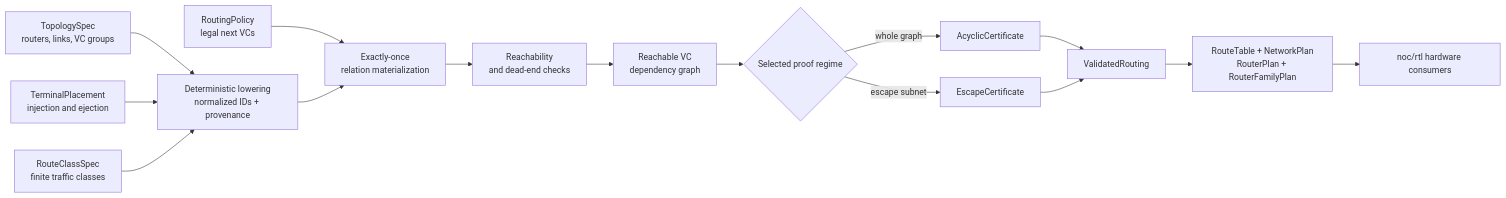
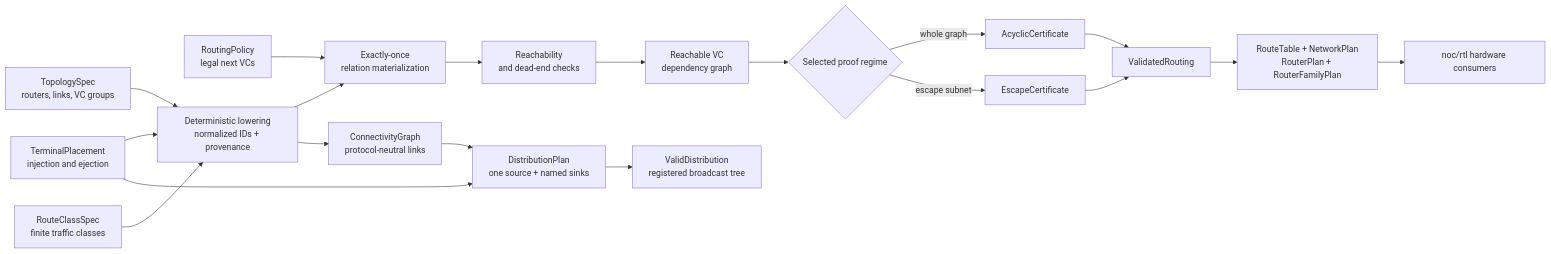
One commit to jerryz123/rhdl changed the diagram in noc/README.md. Above: the diagram before and after it, drawn with Mermaid. The commit also changed other lines of this file and 11 other files, not shown here.

````diff
--- a/noc/README.md
+++ b/noc/README.md
@@ -16,22 +16,26 @@
 ```mermaid
 flowchart LR
   topology["TopologySpec<br/>routers, links, VC groups"]
   terminals["TerminalPlacement<br/>injection and ejection"]
   routes["RouteClassSpec<br/>finite traffic classes"]
   policy["RoutingPolicy<br/>legal next VCs"]
 
   topology --> lower["Deterministic lowering<br/>normalized IDs + provenance"]
   terminals --> lower
   routes --> lower
   policy --> materialize["Exactly-once<br/>relation materialization"]
   lower --> materialize
   materialize --> reachability["Reachability<br/>and dead-end checks"]
   reachability --> dependencies["Reachable VC<br/>dependency graph"]
   dependencies --> proof{"Selected proof regime"}
   proof -->|whole graph| acyclic["AcyclicCertificate"]
   proof -->|escape subnet| escape["EscapeCertificate"]
   acyclic --> validated["ValidatedRouting"]
   escape --> validated
   validated --> plans["RouteTable + NetworkPlan<br/>RouterPlan + RouterFamilyPlan"]
   plans --> rtl["noc/rtl hardware consumers"]
+  lower --> connectivity["ConnectivityGraph<br/>protocol-neutral links"]
+  terminals --> distribution["DistributionPlan<br/>one source + named sinks"]
+  connectivity --> distribution
+  distribution --> validrtl["ValidDistribution<br/>registered broadcast tree"]
 ```
````
